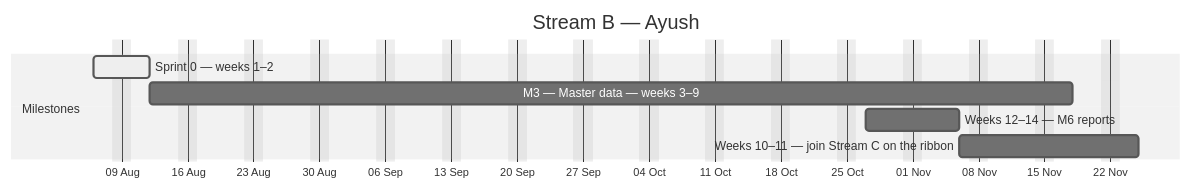
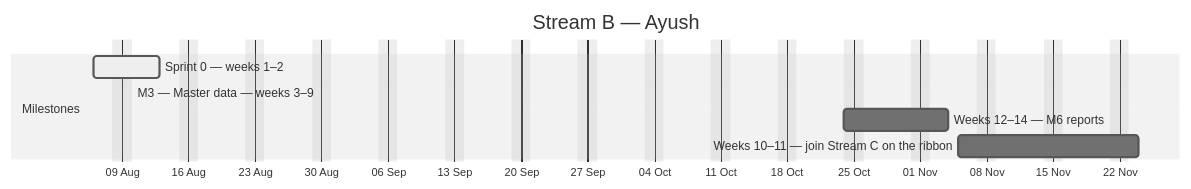
One commit to debashisedunext/EduTrack changed the second of 4 diagrams in docs/plan/GANTT.md. Above: the diagram before and after it, drawn with Mermaid (neutral theme). The commit also changed other lines of this file and 3 other files, not shown here.

````diff
--- a/docs/plan/GANTT.md
+++ b/docs/plan/GANTT.md
@@ -141,12 +141,12 @@
 ```mermaid
 gantt
     dateFormat YYYY-MM-DD
     axisFormat %d %b
     title Stream B — Ayush
     excludes weekends
     section Milestones
-    Sprint 0 — weeks 1–2 :active, b0, 2026-08-06, 4d
-    M3 — Master data — weeks 3–9 :b1, 2026-08-12, 70d
-    Weeks 12–14 — M6 reports :b2, 2026-10-27, 8d
-    Weeks 10–11 — join Stream C on the ribbon :b3, 2026-11-06, 13d
+    Sprint 0 — weeks 1–2 :active, b0, 2026-08-06, 5d
+    M3 — Master data — weeks 3–9 :active, b1, 2026-08-10, -15d
+    Weeks 12–14 — M6 reports :b2, 2026-10-24, 8d
+    Weeks 10–11 — join Stream C on the ribbon :b3, 2026-11-05, 13d
 ```
````
